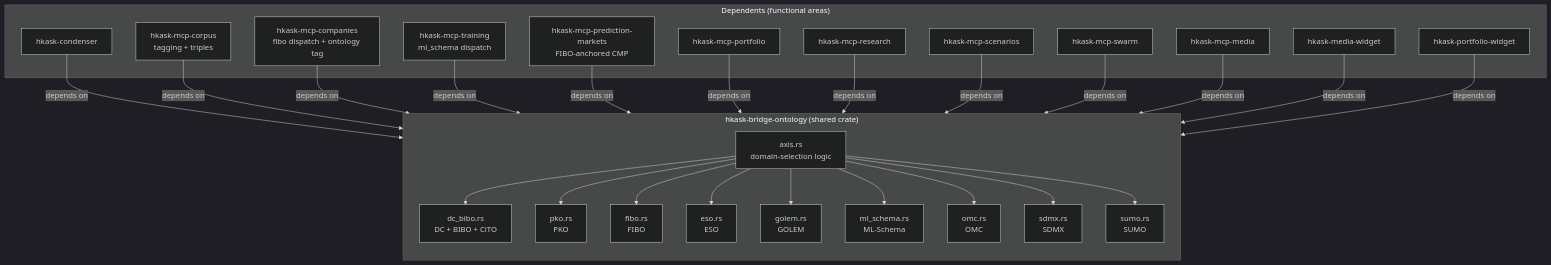
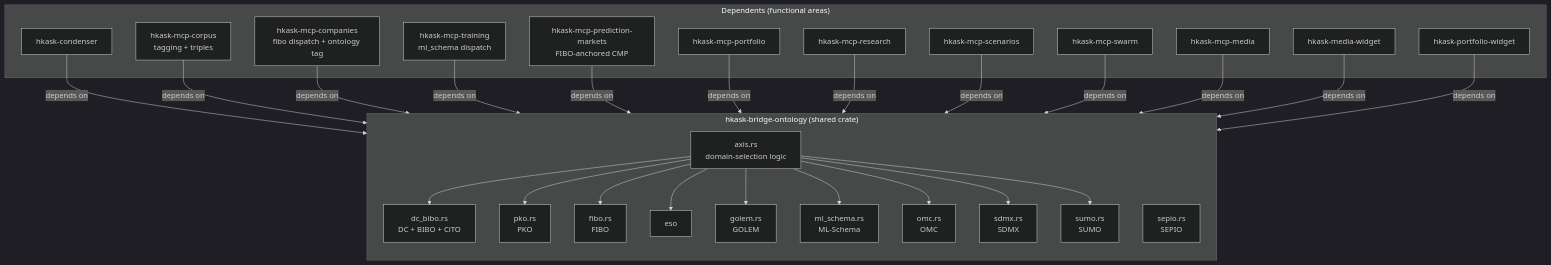
One commit to mdz-axo/zed-kask changed the seventh of 13 diagrams in kask/docs/diagrams/architecture.md. Above: the diagram before and after it, drawn with Mermaid (dark theme). The commit also changed other lines of this file and 22 other files, not shown here.

First line of the commit message:
Replace fabricated ESO with SEPIO and wire kask tool source

````diff
--- a/kask/docs/diagrams/architecture.md
+++ b/kask/docs/diagrams/architecture.md
@@ -285,54 +285,54 @@
 ```mermaid
 graph TD
     subgraph shared["hkask-bridge-ontology (shared crate)"]
         direction TB
         axis["axis.rs<br/>domain-selection logic"]
         dc_bibo["dc_bibo.rs<br/>DC + BIBO + CiTO"]
         pko["pko.rs<br/>PKO"]
         fibo["fibo.rs<br/>FIBO"]
-        eso["eso.rs<br/>ESO"]
+        sepio["sepio.rs<br/>SEPIO"]
         golem["golem.rs<br/>GOLEM"]
         ml_schema["ml_schema.rs<br/>ML-Schema"]
         omc["omc.rs<br/>OMC"]
         sdmx["sdmx.rs<br/>SDMX"]
         sumo["sumo.rs<br/>SUMO"]
         axis --> dc_bibo
         axis --> pko
         axis --> fibo
         axis --> eso
         axis --> golem
         axis --> ml_schema
         axis --> omc
         axis --> sdmx
         axis --> sumo
     end
 
     subgraph servers["Dependents (functional areas)"
     ]
         condenser["hkask-condenser"]
         corpus["hkask-mcp-corpus<br/>tagging + triples"]
         companies["hkask-mcp-companies<br/>fibo dispatch + ontology tag"]
         training["hkask-mcp-training<br/>ml_schema dispatch"]
         pm["hkask-mcp-prediction-markets<br/>FIBO-anchored CMP"]
         portfolio["hkask-mcp-portfolio"]
         research["hkask-mcp-research"]
         scenarios["hkask-mcp-scenarios"]
         swarm["hkask-mcp-swarm"]
         media["hkask-mcp-media"]
         media_widget["hkask-media-widget"]
         portfolio_widget["hkask-portfolio-widget"]
     end
 
     condenser -->|"depends on"| shared
     corpus -->|"depends on"| shared
     companies -->|"depends on"| shared
     training -->|"depends on"| shared
     pm -->|"depends on"| shared
     portfolio -->|"depends on"| shared
     research -->|"depends on"| shared
     scenarios -->|"depends on"| shared
     swarm -->|"depends on"| shared
     media -->|"depends on"| shared
     media_widget -->|"depends on"| shared
     portfolio_widget -->|"depends on"| shared
 ```
````
